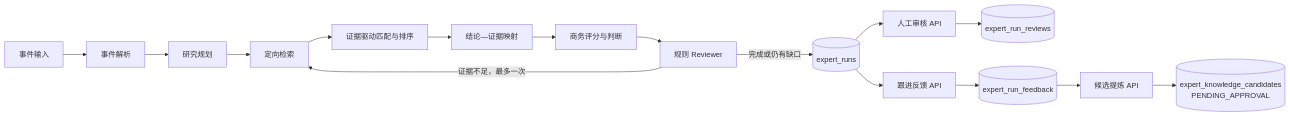
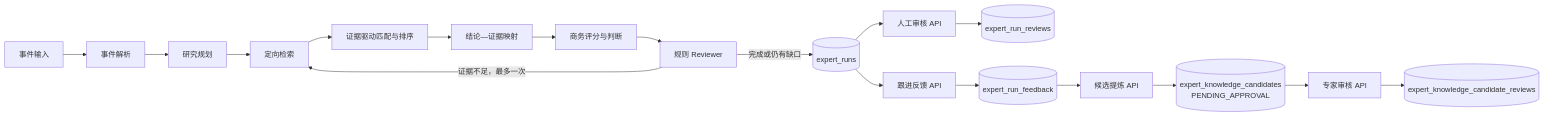
The second of 5 diagrams in docs/architecture.md (FlyingJackLee/expert-engine), drawn with Mermaid before and after one commit. The commit also changed other lines of this file and 7 other files, not shown here.

Commit message:
feat: add expert review for knowledge candidates

````diff
--- a/docs/architecture.md
+++ b/docs/architecture.md
@@ -55,18 +55,20 @@
 ```mermaid
 flowchart LR
     Input[事件输入] --> Parse[事件解析]
     Parse --> Plan[研究规划]
     Plan --> Search[定向检索]
     Search --> Match[证据驱动匹配与排序]
     Match --> Ground[结论—证据映射]
     Ground --> Score[商务评分与判断]
     Score --> Review[规则 Reviewer]
     Review -->|证据不足，最多一次| Search
     Review -->|完成或仍有缺口| Store[(expert_runs)]
     Store --> Human[人工审核 API]
     Human --> Audit[(expert_run_reviews)]
     Store --> Feedback[跟进反馈 API]
     Feedback --> FeedbackStore[(expert_run_feedback)]
     FeedbackStore --> Candidate[候选提炼 API]
     Candidate --> CandidateStore[(expert_knowledge_candidates<br/>PENDING_APPROVAL)]
+    CandidateStore --> CandidateReview[专家审核 API]
+    CandidateReview --> CandidateAudit[(expert_knowledge_candidate_reviews)]
 ```
````
